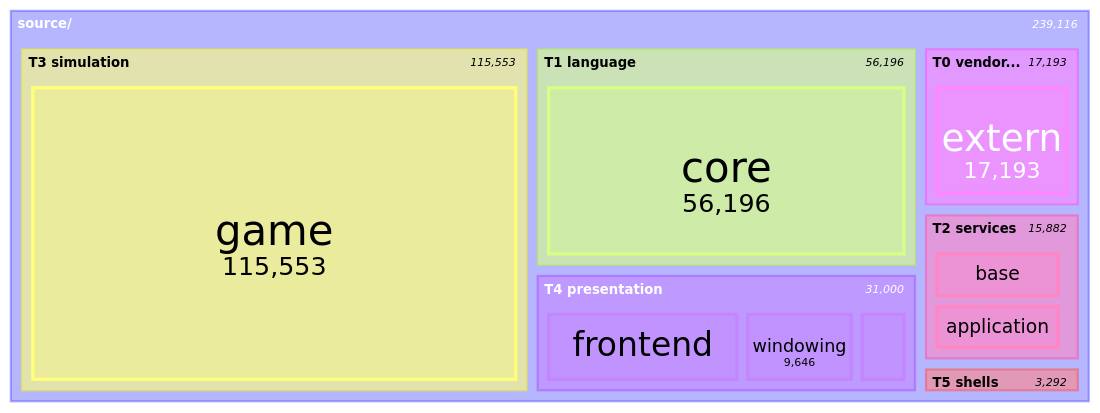
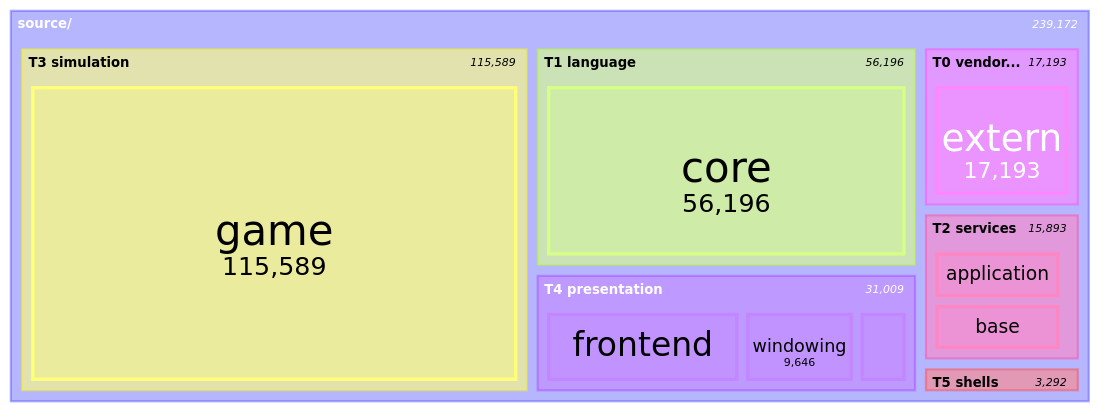
Before and after one commit to apnex/OpenStarbound: the seventh of 11 diagrams in docs/architecture/system-boundaries.md, drawn with Mermaid. The commit also changed other lines of this file and 8 other files, not shown here.

````diff
--- a/docs/architecture/system-boundaries.md
+++ b/docs/architecture/system-boundaries.md
@@ -592,22 +592,22 @@
 ```mermaid
 treemap-beta
 "source/"
     "T0 vendored"
         "extern": 17193
     "T1 language"
         "core": 56196
     "T2 services"
+        "application": 7455
         "base": 7449
-        "application": 7444
         "metrics": 847
         "platform": 142
     "T3 simulation"
-        "game": 115553
+        "game": 115589
     "T4 presentation"
         "frontend": 16863
         "windowing": 9646
-        "rendering": 4491
+        "rendering": 4500
     "T5 shells"
         "client": 2509
         "server": 783
 ```
````
